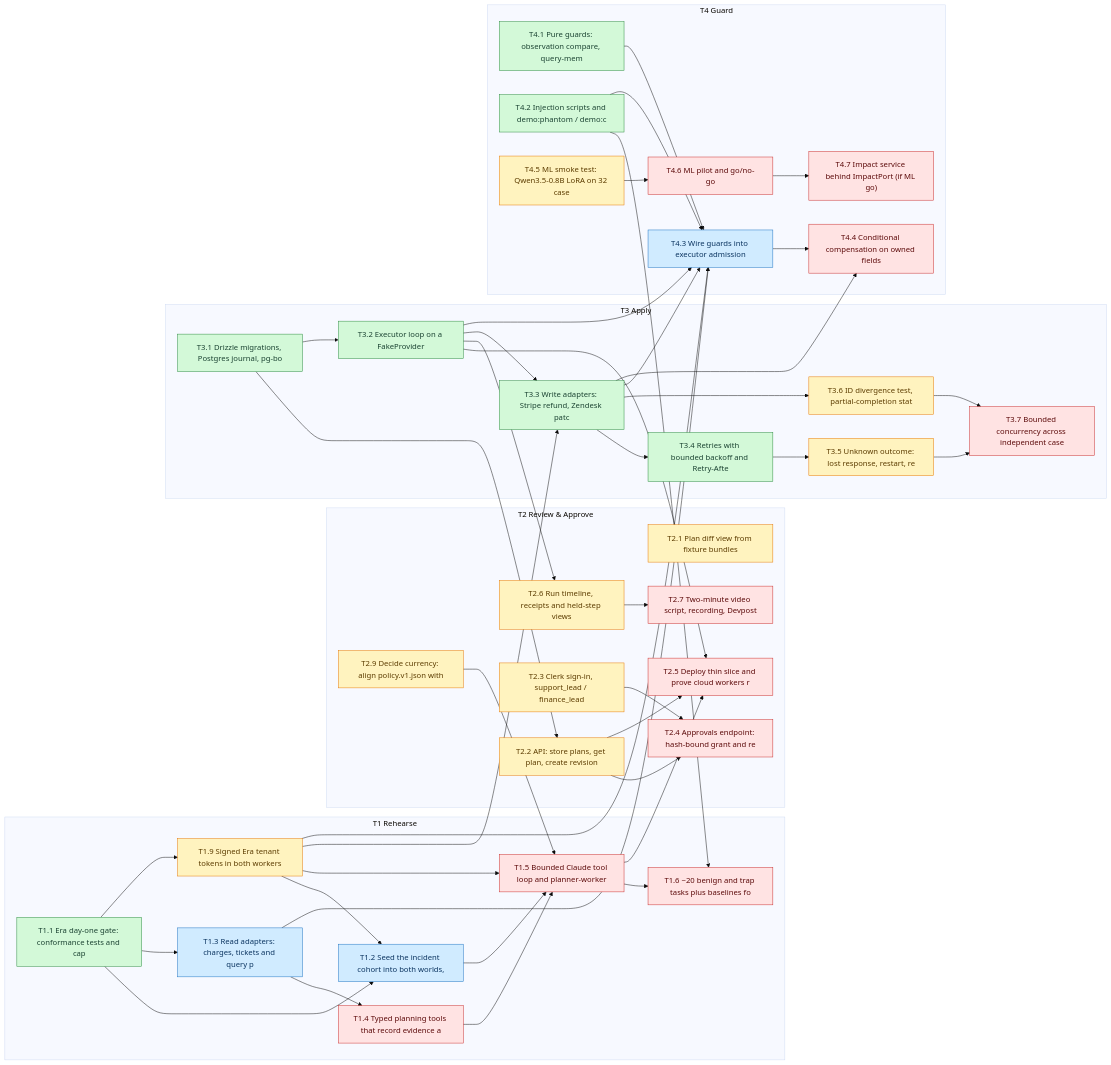
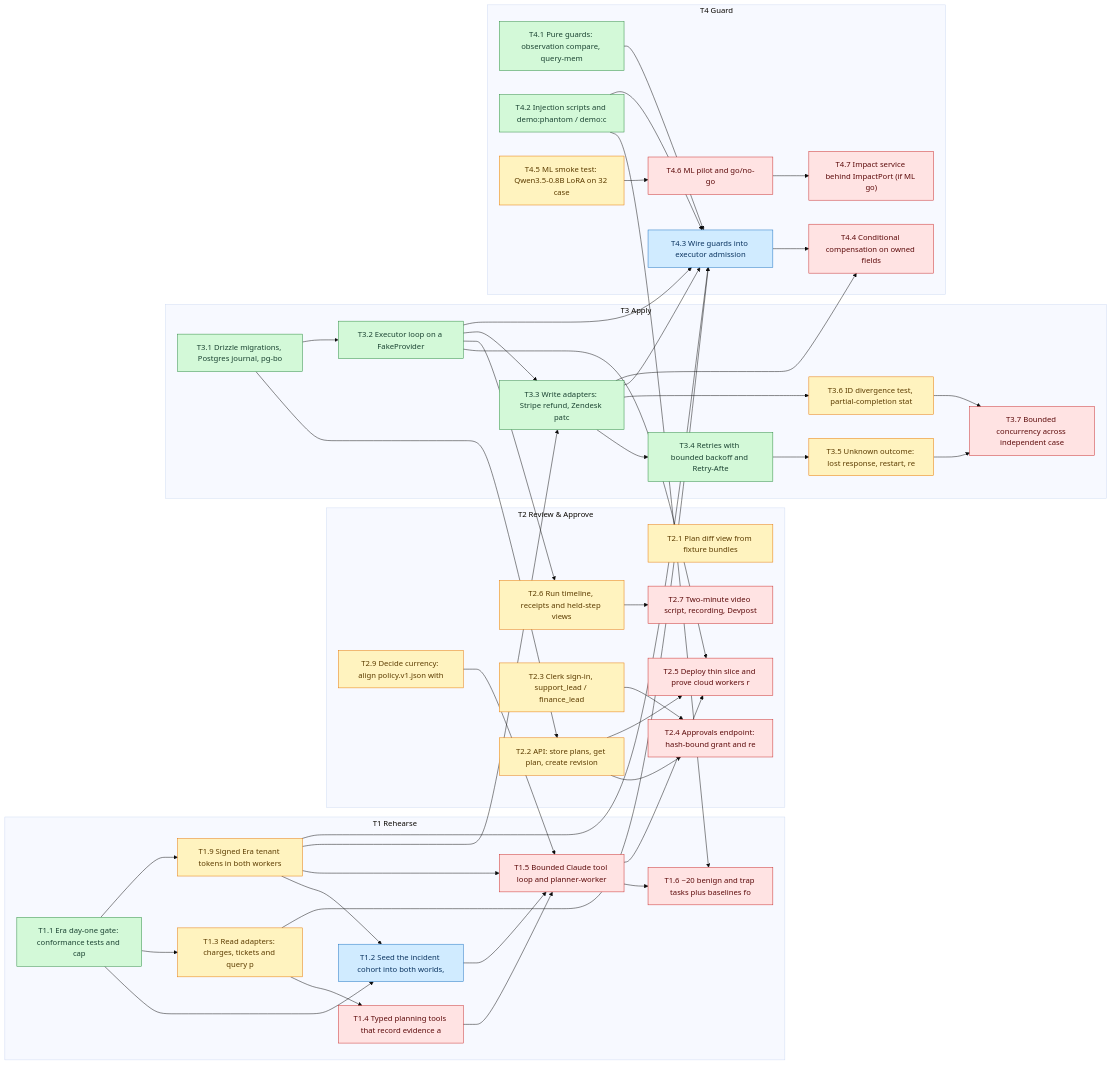
One commit to SoroushRF/Rehearsal changed the diagram in BLOCKERS.md. Above: the diagram before and after it, drawn with Mermaid (base theme). The commit also changed other lines of this file, not shown here.

````diff
--- a/BLOCKERS.md
+++ b/BLOCKERS.md
@@ -84,82 +84,82 @@
 ```mermaid
 flowchart LR
   classDef done fill:#d3f9d8,stroke:#2b8a3e,color:#1b4332
   classDef review fill:#d0ebff,stroke:#1971c2,color:#0b3460
   classDef progress fill:#e5dbff,stroke:#5f3dc4,color:#2b1a66
   classDef ready fill:#fff3bf,stroke:#e67700,color:#5c3c00
   classDef blocked fill:#ffe3e3,stroke:#c92a2a,color:#5c0a0a
   subgraph T1[T1 Rehearse]
     T1_1["T1.1 Era day-one gate: conformance tests and cap"]:::done
     T1_2["T1.2 Seed the incident cohort into both worlds, "]:::review
-    T1_3["T1.3 Read adapters: charges, tickets and query p"]:::review
+    T1_3["T1.3 Read adapters: charges, tickets and query p"]:::ready
     T1_4["T1.4 Typed planning tools that record evidence a"]:::blocked
     T1_5["T1.5 Bounded Claude tool loop and planner-worker"]:::blocked
     T1_6["T1.6 ~20 benign and trap tasks plus baselines fo"]:::blocked
     T1_9["T1.9 Signed Era tenant tokens in both workers"]:::ready
   end
   subgraph T2[T2 Review & Approve]
     T2_1["T2.1 Plan diff view from fixture bundles"]:::ready
     T2_2["T2.2 API: store plans, get plan, create revision"]:::ready
     T2_3["T2.3 Clerk sign-in, support_lead / finance_lead "]:::ready
     T2_4["T2.4 Approvals endpoint: hash-bound grant and re"]:::blocked
     T2_5["T2.5 Deploy thin slice and prove cloud workers r"]:::blocked
     T2_6["T2.6 Run timeline, receipts and held-step views "]:::ready
     T2_7["T2.7 Two-minute video script, recording, Devpost"]:::blocked
     T2_9["T2.9 Decide currency: align policy.v1.json with "]:::ready
   end
   subgraph T3[T3 Apply]
     T3_1["T3.1 Drizzle migrations, Postgres journal, pg-bo"]:::done
     T3_2["T3.2 Executor loop on a FakeProvider"]:::done
     T3_3["T3.3 Write adapters: Stripe refund, Zendesk patc"]:::done
     T3_4["T3.4 Retries with bounded backoff and Retry-Afte"]:::done
     T3_5["T3.5 Unknown outcome: lost response, restart, re"]:::ready
     T3_6["T3.6 ID divergence test, partial-completion stat"]:::ready
     T3_7["T3.7 Bounded concurrency across independent case"]:::blocked
   end
   subgraph T4[T4 Guard]
     T4_1["T4.1 Pure guards: observation compare, query-mem"]:::done
     T4_2["T4.2 Injection scripts and demo:phantom / demo:c"]:::done
     T4_3["T4.3 Wire guards into executor admission"]:::review
     T4_4["T4.4 Conditional compensation on owned fields"]:::blocked
     T4_5["T4.5 ML smoke test: Qwen3.5-0.8B LoRA on 32 case"]:::ready
     T4_6["T4.6 ML pilot and go/no-go"]:::blocked
     T4_7["T4.7 Impact service behind ImpactPort (if ML go)"]:::blocked
   end
   T1_1 --> T1_2
   T1_9 --> T1_2
   T1_1 --> T1_3
   T1_3 --> T1_4
   T1_2 --> T1_5
   T1_4 --> T1_5
   T1_9 --> T1_5
   T2_9 --> T1_5
   T1_5 --> T1_6
   T4_2 --> T1_6
   T1_1 --> T1_9
   T3_1 --> T2_2
   T2_2 --> T2_4
   T2_3 --> T2_4
   T2_2 --> T2_5
   T1_5 --> T2_5
   T3_2 --> T2_5
   T3_2 --> T2_6
   T2_6 --> T2_7
   T3_1 --> T3_2
   T3_2 --> T3_3
   T1_9 --> T3_3
   T3_3 --> T3_4
   T3_4 --> T3_5
   T3_3 --> T3_6
   T3_5 --> T3_7
   T3_6 --> T3_7
   T4_1 --> T4_3
   T4_2 --> T4_3
   T3_2 --> T4_3
   T1_3 --> T4_3
   T3_3 --> T4_3
   T1_9 --> T4_3
   T4_3 --> T4_4
   T3_3 --> T4_4
   T4_5 --> T4_6
   T4_6 --> T4_7
 ```
````
